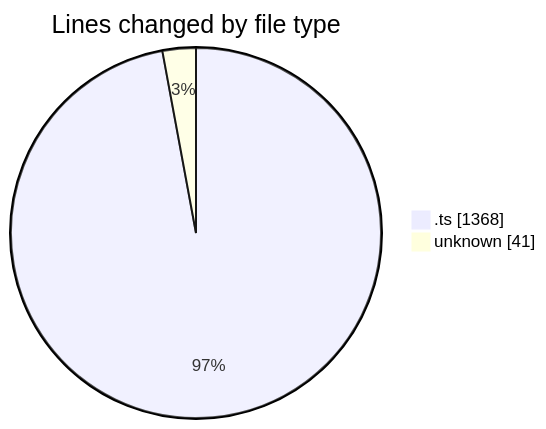
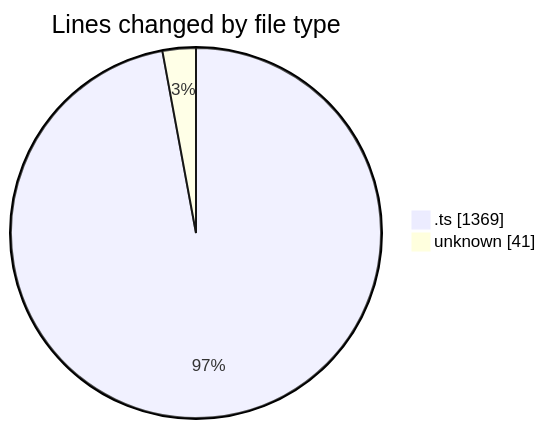
Before and after one commit to momahboobian/code-tracking: the first of 2 diagrams in 2025-08-11/cda/README.md, drawn with Mermaid. The commit also changed other lines of this file and 1 other file, not shown here.

````diff
--- a/2025-08-11/cda/README.md
+++ b/2025-08-11/cda/README.md
@@ -24,6 +24,6 @@
 ```mermaid
 pie showData
 title Lines changed by file type
-".ts" : 1368
+".ts" : 1369
 "unknown" : 41
 ```
````
